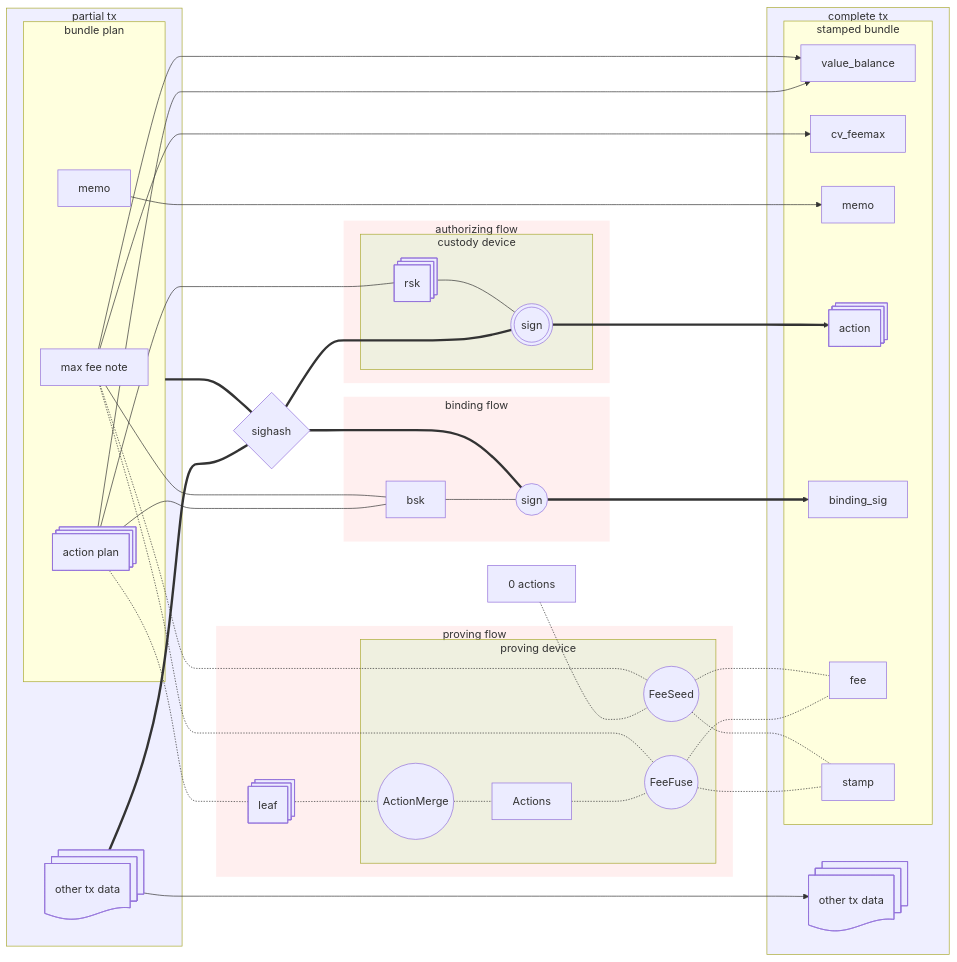
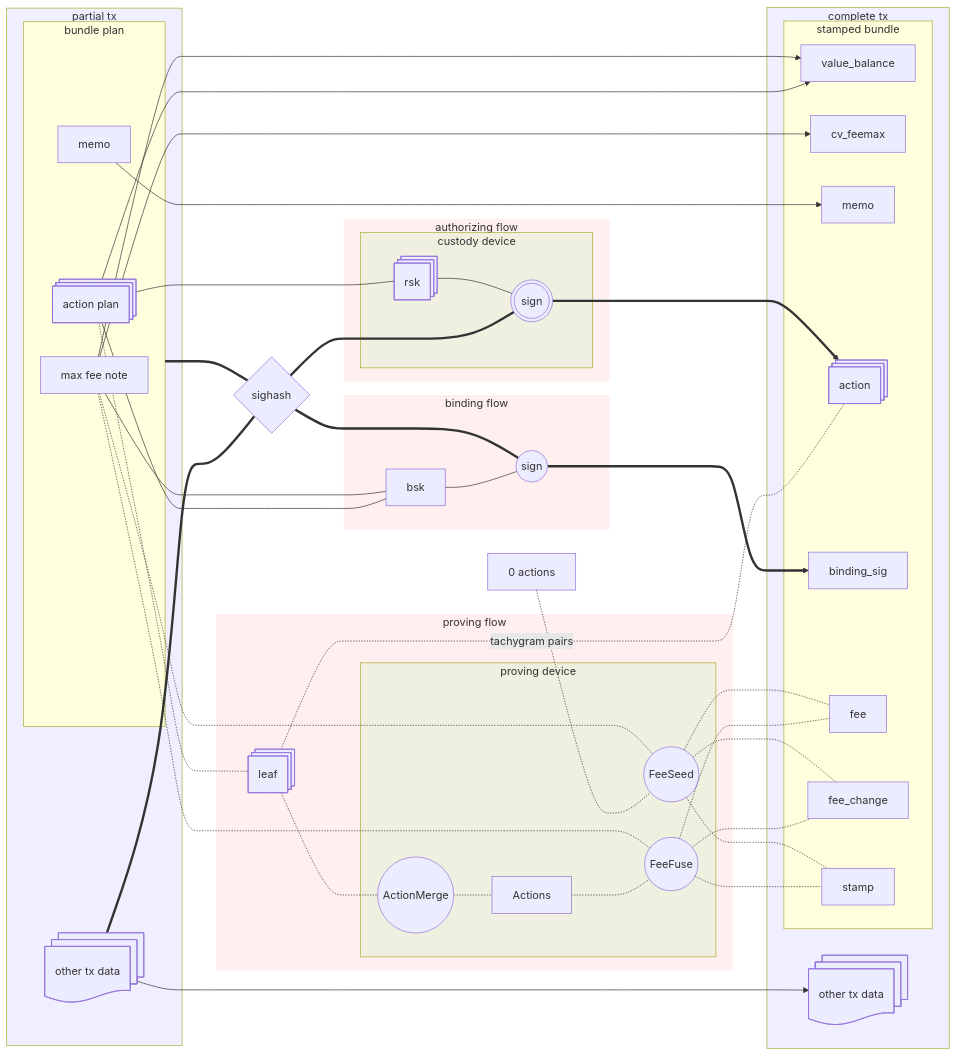
The second of 3 diagrams in book/src/authorization.md (tachyon-zcash/tachyon), drawn with Mermaid before and after one commit. The commit also changed other lines of this file and 27 other files, not shown here.

````diff
--- a/book/src/authorization.md
+++ b/book/src/authorization.md
@@ -182,79 +182,81 @@
 ```mermaid
 flowchart LR
     style proving fill:#ff000010,stroke:none
     style authorization fill:#ff000010,stroke:none
     style binding fill:#ff000010,stroke:none
 
     style custody fill:#00ff0010
     style prover fill:#00ff0010
 
     style pczt fill:#0000ff10
     style tx fill:#0000ff10
 
 
     subgraph pczt[partial tx]
         subgraph bundle_plan["bundle plan"]
             action_plan@{ shape: st-rect, label: "action plan" }
             max_fee_note["max fee note"]
             memo
         end
         other1@{ shape: st-doc, label: "other tx data" } 
     end
     pczt ~~~ sighash{sighash}
     bundle_plan & other1 === sighash 
 
 
     action_plan & max_fee_note --> value_balance
     max_fee_note --> cv_feemax
     memo --> memo_2[memo]
 
     subgraph tx[complete tx]
         subgraph bundle["stamped bundle"]
             value_balance
             action@{ shape: st-rect }
             cv_feemax
             binding_sig
             memo_2[memo]
             fee
+            fee_change
             stamp
         end
         other2@{ shape: st-doc, label: "other tx data" }
     end
 
 
 
     subgraph proving["proving flow"]
         leaf@{ shape: st-rect, label: "leaf" }
         subgraph prover["proving device"]
             merge((ActionMerge))
             actions[Actions]
             fee_fuse((FeeFuse))
             fee_seed((FeeSeed))
         end
     end
     action_plan -.- leaf -.- merge -.- actions -.- fee_fuse -.- stamp
+    leaf -.-|tachygram pairs| action
     zero_actions["0 actions"] -.- fee_seed -.- stamp
-    max_fee_note -.- fee_fuse & fee_seed -.- fee
+    max_fee_note -.- fee_fuse & fee_seed -.- fee & fee_change
 
 
     sighash ~~~ binding
     subgraph binding["binding flow"]
         bsk 
         sign_binding_sig(("sign"))
     end
     action_plan & max_fee_note --- bsk --- sign_binding_sig ==> binding_sig
     sighash === sign_binding_sig
 
     sighash ~~~ authorization
     subgraph authorization["authorizing flow"]
         subgraph custody["custody device"]
             rsk@{ shape: st-rect }
             sign_action((("sign")))
         end
     end
     sighash === sign_action
     action_plan --- rsk --- sign_action ==> action
 
     other1 --> other2
     pczt ~~~ sighash
 ```
````
